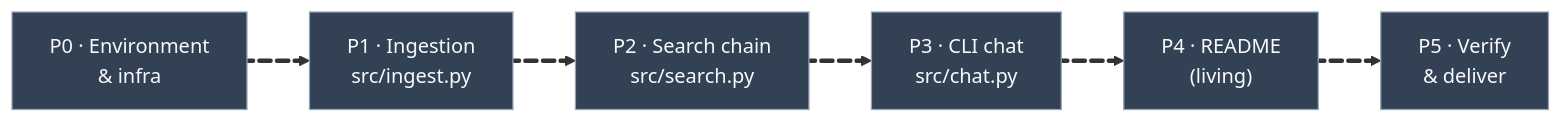
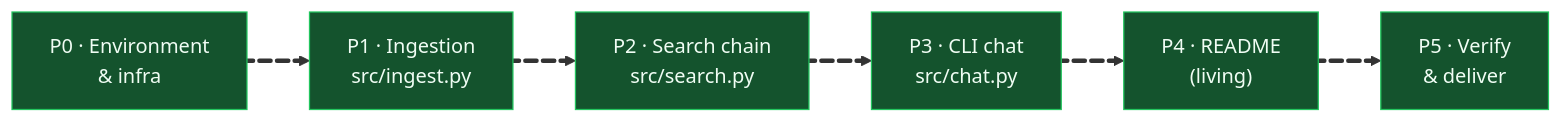
One commit to rodrigorjsf/semantic-search-mba-fullcycle changed the second of 2 diagrams in docs/ROADMAP.md. Above: the diagram before and after it, drawn with Mermaid. The commit also changed other lines of this file and 3 other files, not shown here.

````diff
--- a/docs/ROADMAP.md
+++ b/docs/ROADMAP.md
@@ -51,17 +51,17 @@
 ```mermaid
 flowchart LR
     P0["P0 · Environment<br/>& infra"] p1@==> P1["P1 · Ingestion<br/>src/ingest.py"]
     P1 p2@==> P2["P2 · Search chain<br/>src/search.py"]
     P2 p3@==> P3["P3 · CLI chat<br/>src/chat.py"]
     P3 p4@==> P4["P4 · README<br/>(living)"]
     P4 p5@==> P5["P5 · Verify<br/>& deliver"]
 
     p1@{ animate: true }
     p2@{ animate: true }
     p3@{ animate: true }
     p4@{ animate: true }
     p5@{ animate: true }
 
-    classDef todo fill:#334155,stroke:#94a3b8,color:#f8fafc;
-    class P0,P1,P2,P3,P4,P5 todo;
+    classDef done fill:#14532d,stroke:#22c55e,color:#f0fdf4;
+    class P0,P1,P2,P3,P4,P5 done;
 ```
````
